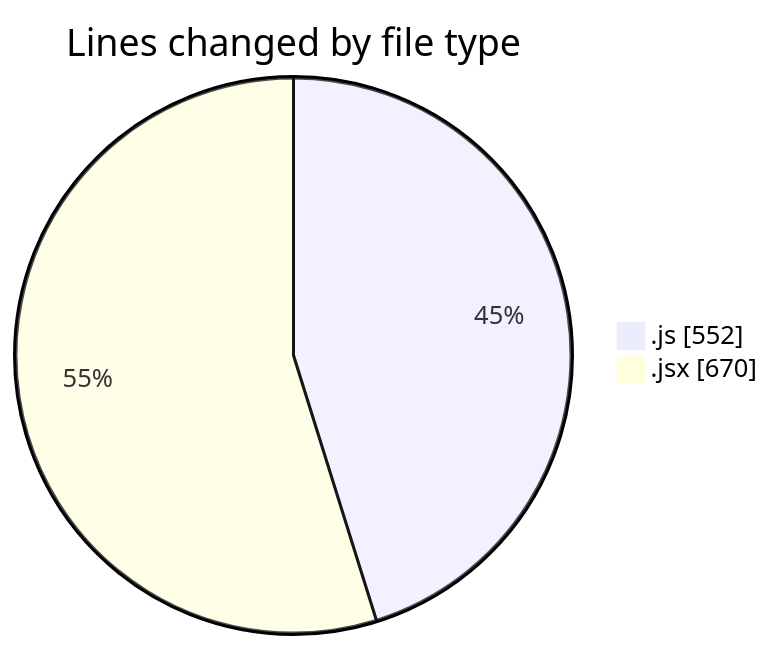
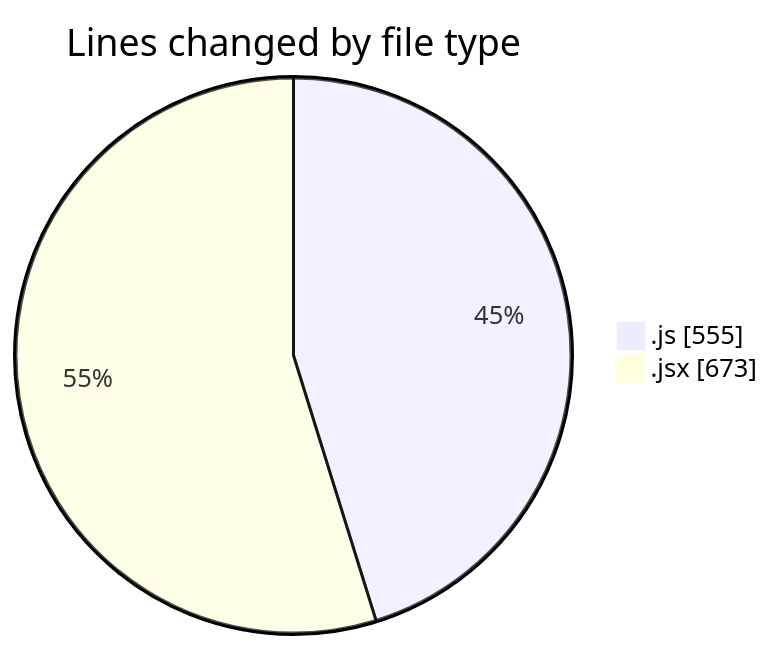
Before and after one commit to nxtqubesakshisongat/code-tracking: the first of 2 diagrams in 2025-07-01/argos/README.md, drawn with Mermaid. The commit also changed other lines of this file and 1 other file, not shown here.

````diff
--- a/2025-07-01/argos/README.md
+++ b/2025-07-01/argos/README.md
@@ -23,6 +23,6 @@
 ```mermaid
 pie showData
 title Lines changed by file type
-".js" : 552
-".jsx" : 670
+".js" : 555
+".jsx" : 673
 ```
````
